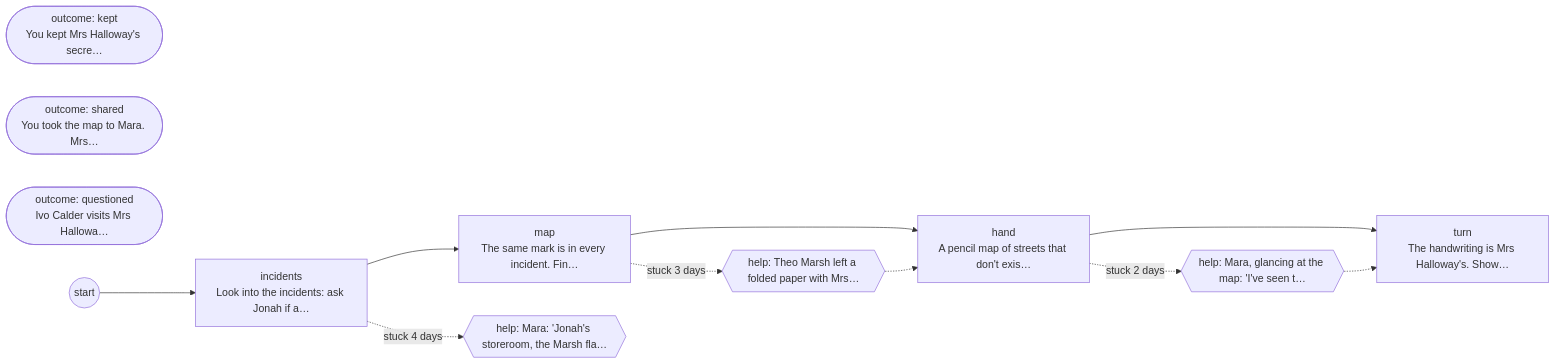
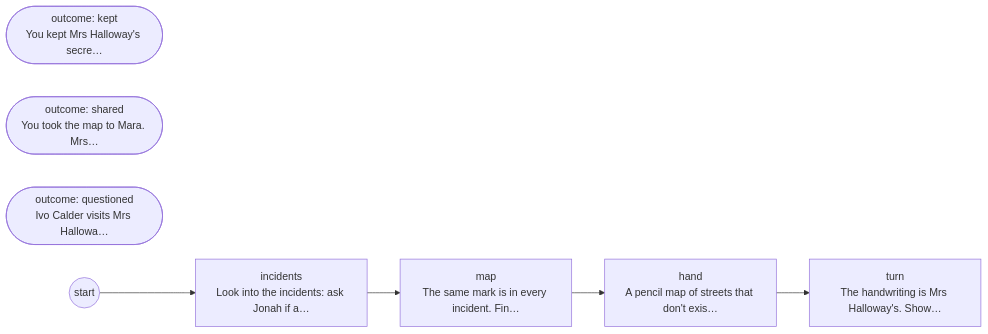
The first of 15 diagrams in docs/generated/cases.md (DoctorStrangeSH/ECHOES-OF-THE-VEIL), drawn with Mermaid before and after one commit. The commit also changed other lines of this file and 46 other files, not shown here.

````diff
--- a/docs/generated/cases.md
+++ b/docs/generated/cases.md
@@ -8,22 +8,14 @@
 ```mermaid
 flowchart LR
   case_two_maps_incidents["incidents<br/>Look into the incidents: ask Jonah if a…"]
   case_two_maps_map["map<br/>The same mark is in every incident. Fin…"]
   case_two_maps_hand["hand<br/>A pencil map of streets that don't exis…"]
   case_two_maps_turn["turn<br/>The handwriting is Mrs Halloway's. Show…"]
   case_two_maps_incidents --> case_two_maps_map
   case_two_maps_map --> case_two_maps_hand
   case_two_maps_hand --> case_two_maps_turn
   case_two_maps_out_kept(["outcome: kept<br/>You kept Mrs Halloway's secre…"])
   case_two_maps_out_shared(["outcome: shared<br/>You took the map to Mara. Mrs…"])
   case_two_maps_out_questioned(["outcome: questioned<br/>Ivo Calder visits Mrs Hallowa…"])
   case_two_maps_START(("start")) --> case_two_maps_incidents
-  case_two_maps_ff_0{{"help: Mara: 'Jonah's storeroom, the Marsh fla…"}}
-  case_two_maps_incidents -.->|"stuck 4 days"| case_two_maps_ff_0
-  case_two_maps_ff_1{{"help: Theo Marsh left a folded paper with Mrs…"}}
-  case_two_maps_map -.->|"stuck 3 days"| case_two_maps_ff_1
-  case_two_maps_ff_1 -.-> case_two_maps_hand
-  case_two_maps_ff_2{{"help: Mara, glancing at the map: 'I've seen t…"}}
-  case_two_maps_hand -.->|"stuck 2 days"| case_two_maps_ff_2
-  case_two_maps_ff_2 -.-> case_two_maps_turn
 ```
````
